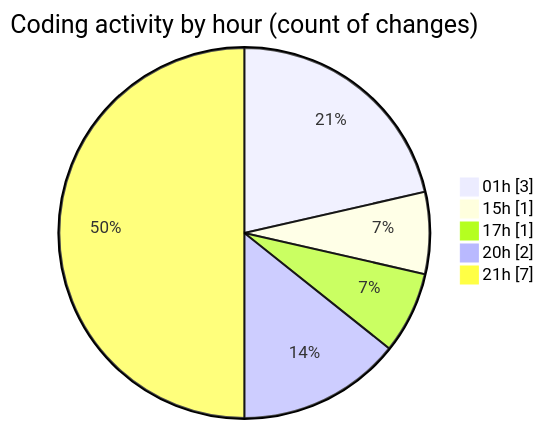
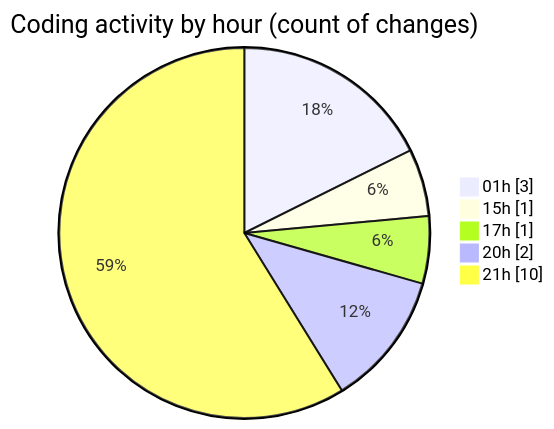
The second of 2 diagrams in 2025-11-24/eventscop-api-guide__workspace_/README.md (julien-gomy/code-tracking), drawn with Mermaid before and after one commit. The commit also changed other lines of this file and 1 other file, not shown here.

````diff
--- a/2025-11-24/eventscop-api-guide__workspace_/README.md
+++ b/2025-11-24/eventscop-api-guide__workspace_/README.md
@@ -32,9 +32,9 @@
 ```mermaid
 pie showData
 title Coding activity by hour (count of changes)
 "01h" : 3
 "15h" : 1
 "17h" : 1
 "20h" : 2
-"21h" : 7
+"21h" : 10
 ```
````
